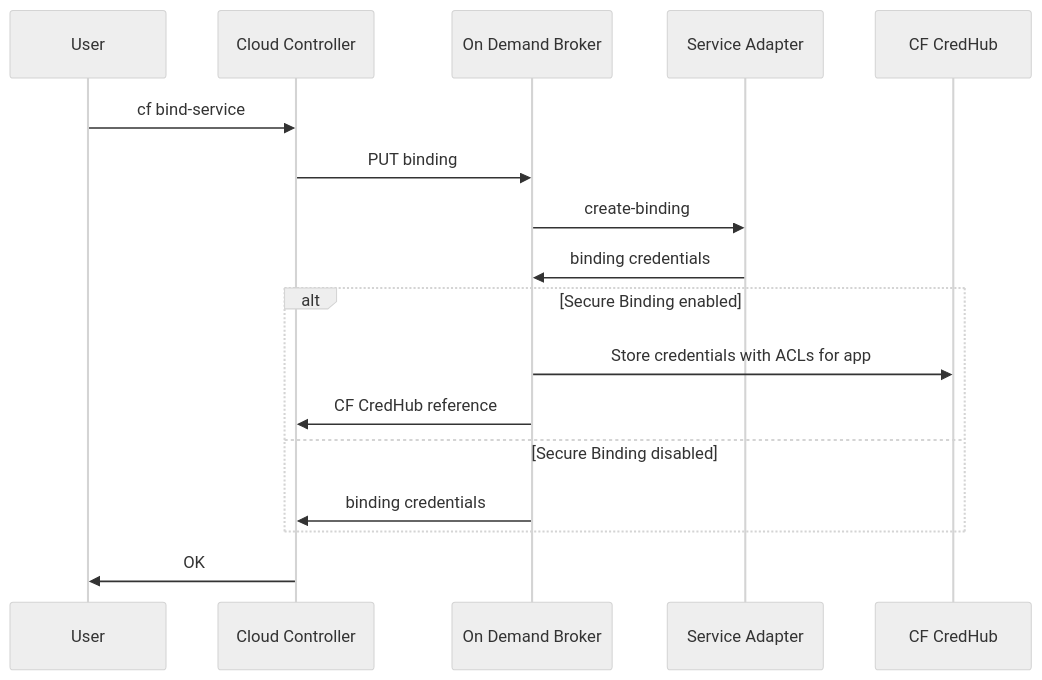
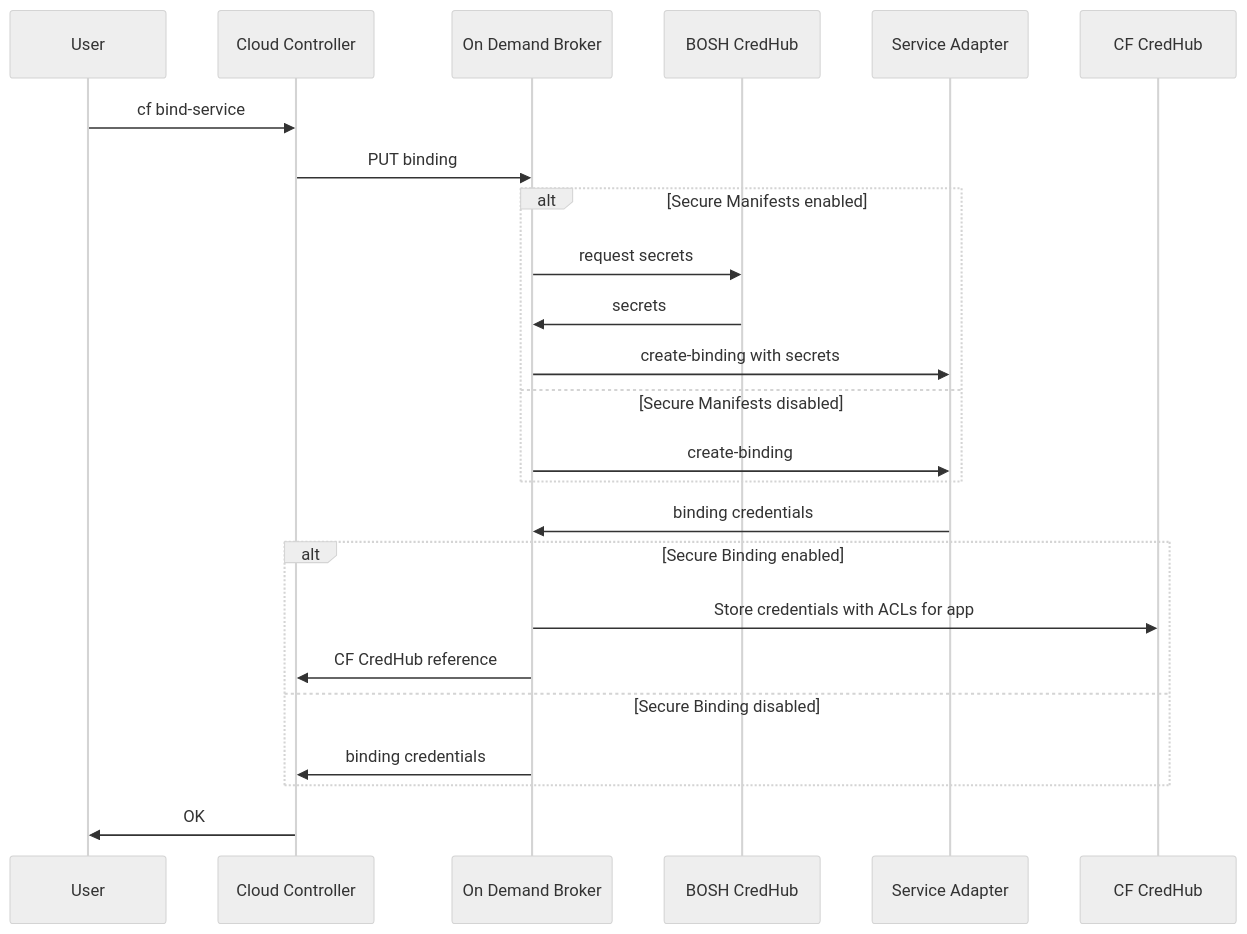
The diagram in mmd/bind_service_workflow.mmd (pivotal-cf/docs-on-demand-service-broker), drawn with Mermaid (neutral theme) before and after one commit. The commit also changed 1 other file, not shown here.

Commit message:
bind and unbind diagrams include BOSH CredHub interactions [#160016938]

```diff
--- a/mmd/bind_service_workflow.mmd
+++ b/mmd/bind_service_workflow.mmd
@@ -1,14 +1,20 @@
 <div class="mermaid">
 sequenceDiagram
   User->>Cloud Controller:cf bind-service
   Cloud Controller->>On Demand Broker:PUT binding
-  On Demand Broker->>Service Adapter:create-binding
+  alt Secure Manifests enabled
+    On Demand Broker->>BOSH CredHub:request secrets
+    BOSH CredHub->>On Demand Broker:secrets
+    On Demand Broker->>Service Adapter:create-binding with secrets
+  else Secure Manifests disabled
+    On Demand Broker->>Service Adapter:create-binding
+  end
   Service Adapter->>On Demand Broker:binding credentials
   alt Secure Binding enabled
-  On Demand Broker->>CF CredHub:Store credentials with ACLs for app
-  On Demand Broker->>Cloud Controller:CF CredHub reference
+    On Demand Broker->>CF CredHub:Store credentials with ACLs for app
+    On Demand Broker->>Cloud Controller:CF CredHub reference
   else Secure Binding disabled
-  On Demand Broker->>Cloud Controller:binding credentials
+    On Demand Broker->>Cloud Controller:binding credentials
   end
   Cloud Controller->>User:OK
 </div>
```
